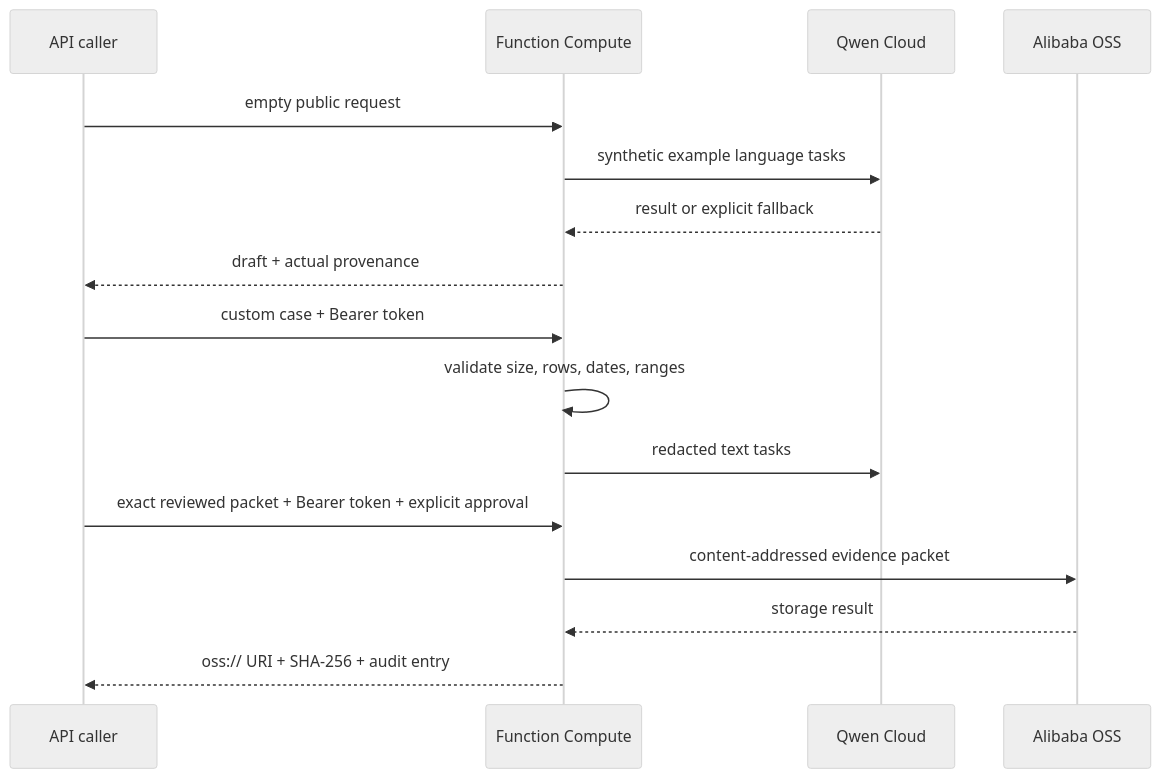
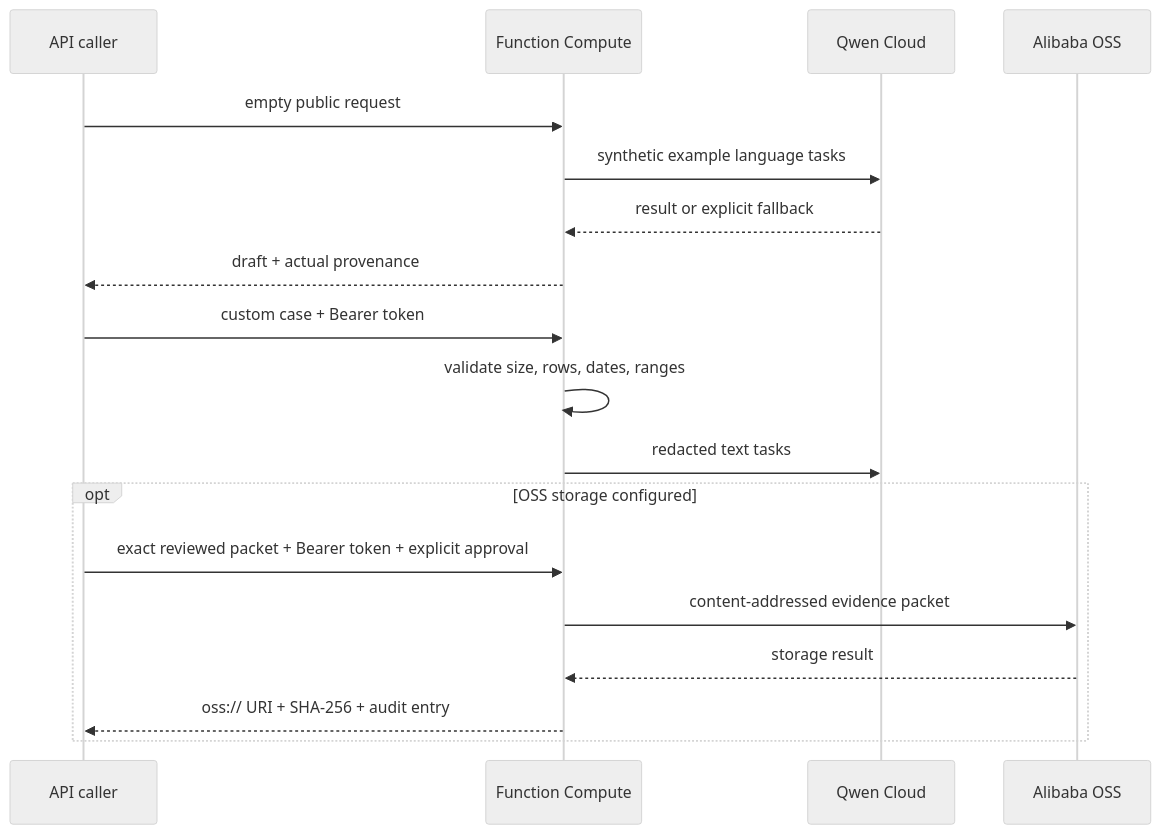
One commit to ankitlade12/due-process-iep-agent changed the second of 2 diagrams in docs/architecture.md. Above: the diagram before and after it, drawn with Mermaid (neutral theme). The commit also changed other lines of this file and 26 other files, not shown here.

````diff
--- a/docs/architecture.md
+++ b/docs/architecture.md
@@ -37,18 +40,20 @@
 ```mermaid
 sequenceDiagram
     participant C as API caller
     participant F as Function Compute
     participant Q as Qwen Cloud
     participant O as Alibaba OSS
     C->>F: empty public request
     F->>Q: synthetic example language tasks
     Q-->>F: result or explicit fallback
     F-->>C: draft + actual provenance
     C->>F: custom case + Bearer token
     F->>F: validate size, rows, dates, ranges
     F->>Q: redacted text tasks
-    C->>F: exact reviewed packet + Bearer token + explicit approval
-    F->>O: content-addressed evidence packet
-    O-->>F: storage result
-    F-->>C: oss:// URI + SHA-256 + audit entry
+    opt OSS storage configured
+        C->>F: exact reviewed packet + Bearer token + explicit approval
+        F->>O: content-addressed evidence packet
+        O-->>F: storage result
+        F-->>C: oss:// URI + SHA-256 + audit entry
+    end
 ```
````
